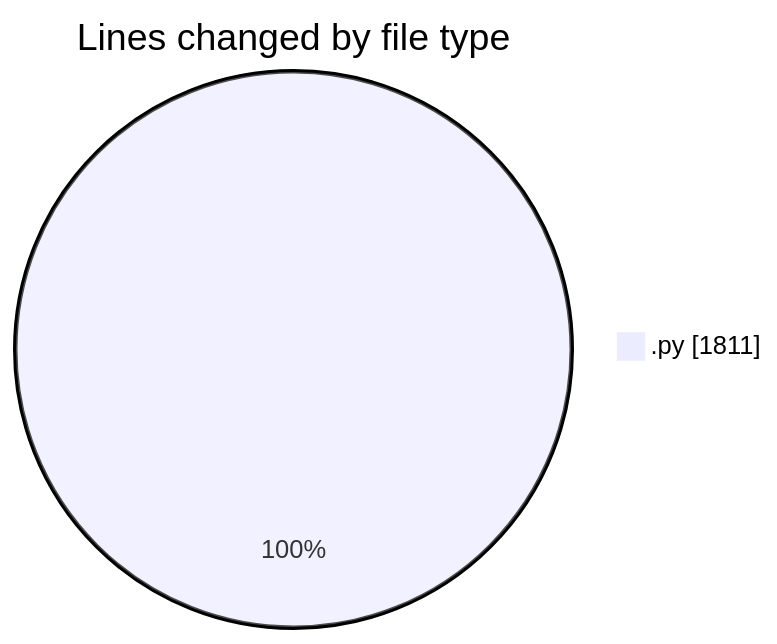
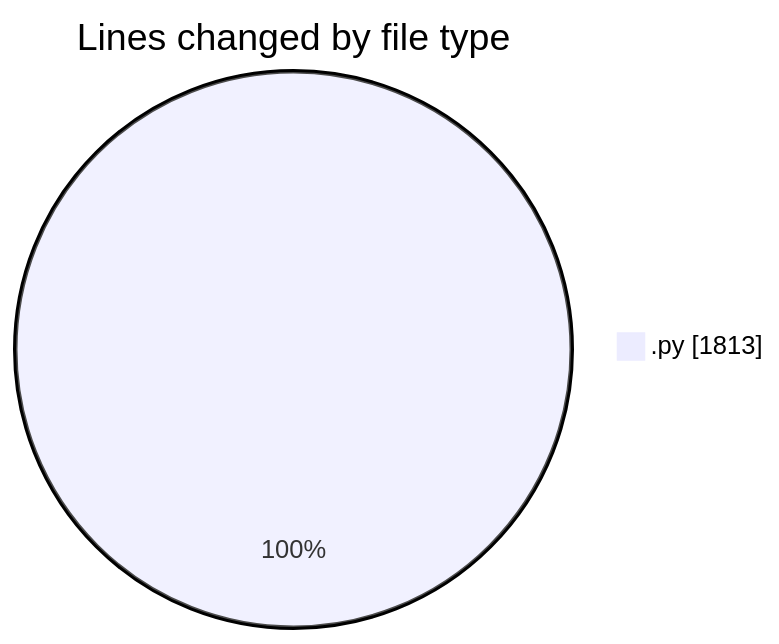
The first of 2 diagrams in 2025-10-21/eventscop-api-guide__workspace_/README.md (julien-gomy/code-tracking), drawn with Mermaid before and after one commit. The commit also changed other lines of this file and 1 other file, not shown here.

````diff
--- a/2025-10-21/eventscop-api-guide__workspace_/README.md
+++ b/2025-10-21/eventscop-api-guide__workspace_/README.md
@@ -28,5 +29,5 @@
 ```mermaid
 pie showData
 title Lines changed by file type
-".py" : 1811
+".py" : 1813
 ```
````
